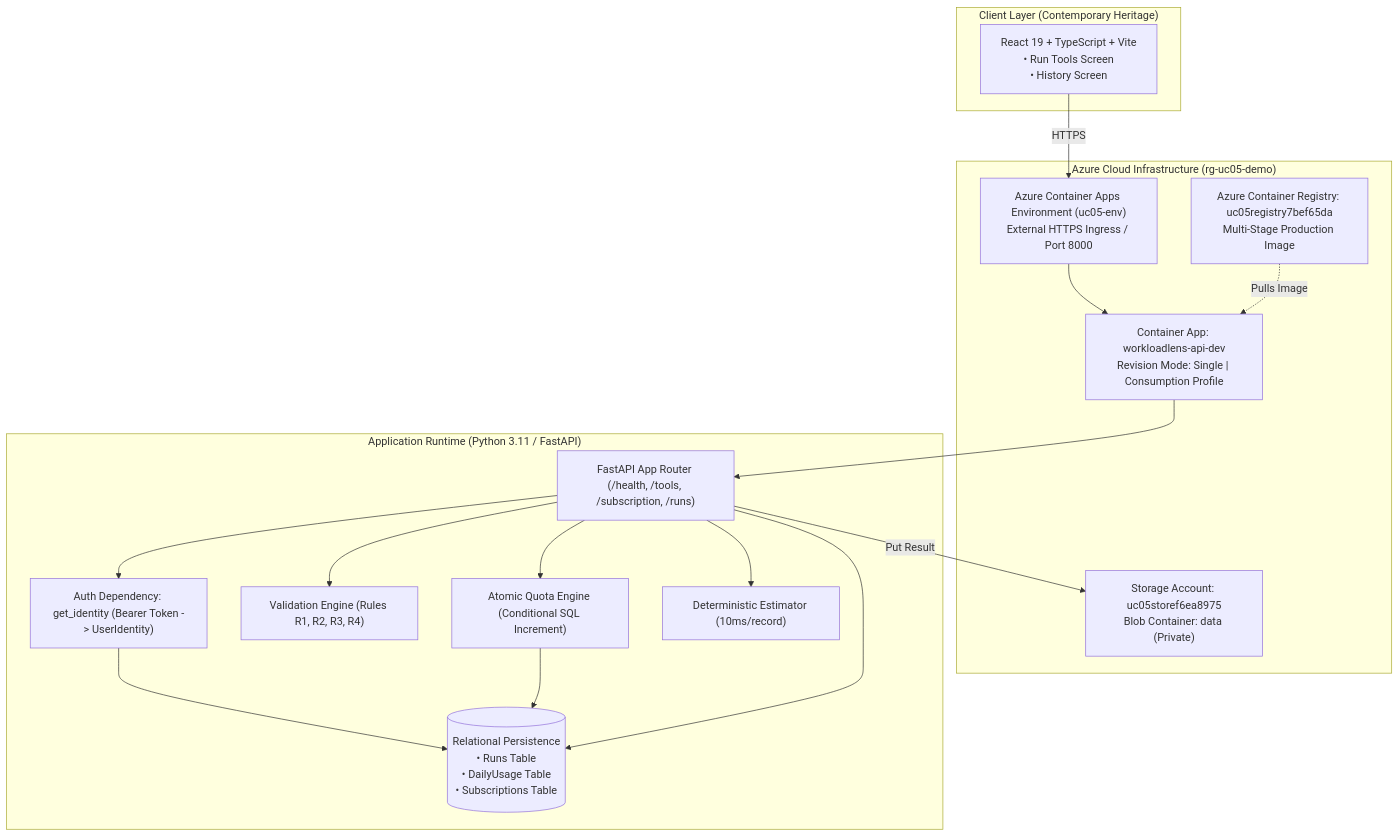
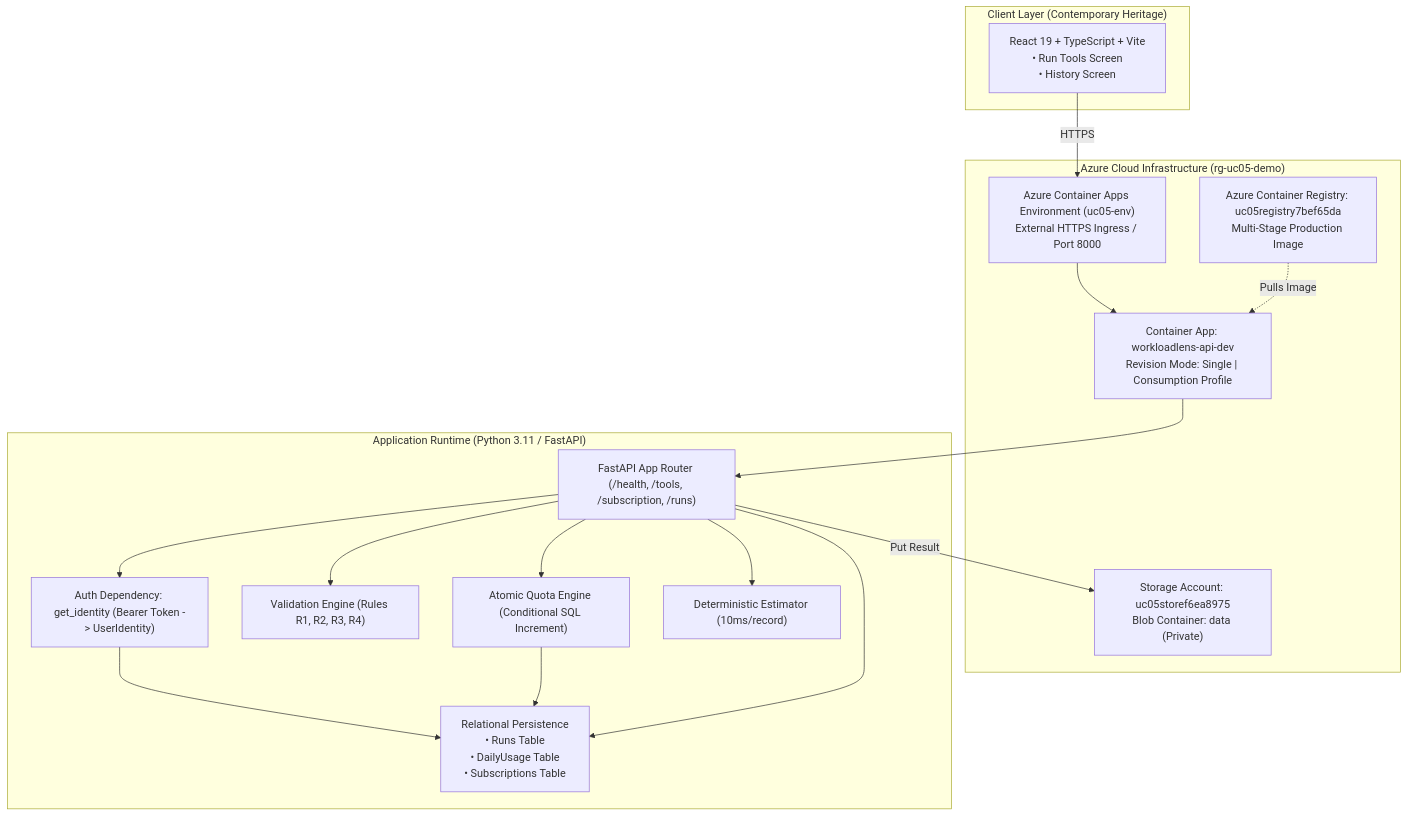
One commit to Sahanaa77/UC-05_automation-workload changed the diagram in README.md. Above: the diagram before and after it, drawn with Mermaid. The commit also changed other lines of this file and 3 other files, not shown here.

````diff
--- a/README.md
+++ b/README.md
@@ -124,35 +126,35 @@
 ```mermaid
 graph TD
     subgraph Client ["Client Layer (Contemporary Heritage)"]
         SPA["React 19 + TypeScript + Vite<br/>• Run Tools Screen<br/>• History Screen"]
     end
 
     subgraph Azure ["Azure Cloud Infrastructure (rg-uc05-demo)"]
         Ingress["Azure Container Apps Environment (uc05-env)<br/>External HTTPS Ingress / Port 8000"]
         ACA["Container App: workloadlens-api-dev<br/>Revision Mode: Single | Consumption Profile"]
         Storage["Storage Account: uc05storef6ea8975<br/>Blob Container: data (Private)"]
         ACR["Azure Container Registry: uc05registry7bef65da<br/>Multi-Stage Production Image"]
     end
 
     subgraph Service ["Application Runtime (Python 3.11 / FastAPI)"]
         API["FastAPI App Router (/health, /tools, /subscription, /runs)"]
         Auth["Auth Dependency: get_identity (Bearer Token -> UserIdentity)"]
         Validator["Validation Engine (Rules R1, R2, R3, R4)"]
         Quota["Atomic Quota Engine (Conditional SQL Increment)"]
         Processor["Deterministic Estimator (10ms/record)"]
-        DB[("Relational Persistence<br/>• Runs Table<br/>• DailyUsage Table<br/>• Subscriptions Table")]
+        DB["Relational Persistence<br/>• Runs Table<br/>• DailyUsage Table<br/>• Subscriptions Table"]
     end
 
     SPA -->|HTTPS| Ingress
     Ingress --> ACA
     ACA --> API
     API --> Auth
     Auth --> DB
     API --> Validator
     API --> Quota
     Quota --> DB
     API --> Processor
     API --> DB
     API -->|Put Result| Storage
     ACR -.->|Pulls Image| ACA
 ```
````
